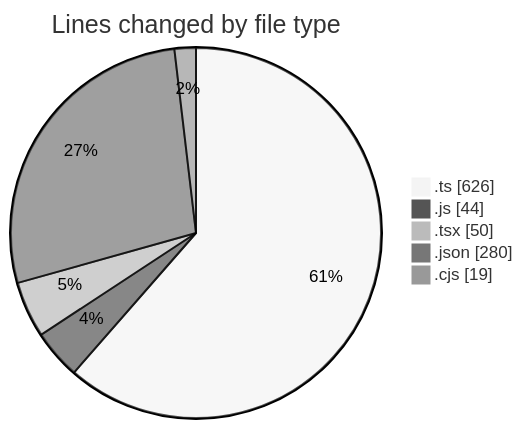
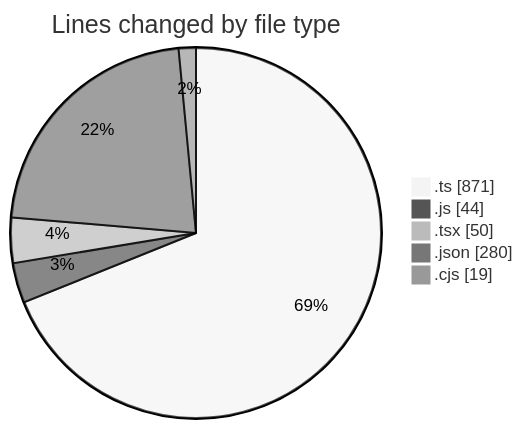
The first of 2 diagrams in 2026-08-03/cda/README.md (momahboobian/code-tracking), drawn with Mermaid (neutral theme) before and after one commit. The commit also changed other lines of this file and 1 other file, not shown here.

````diff
--- a/2026-08-03/cda/README.md
+++ b/2026-08-03/cda/README.md
@@ -32,9 +34,9 @@
 ```mermaid
 pie showData
 title Lines changed by file type
-".ts" : 626
+".ts" : 871
 ".js" : 44
 ".tsx" : 50
 ".json" : 280
 ".cjs" : 19
 ```
````
